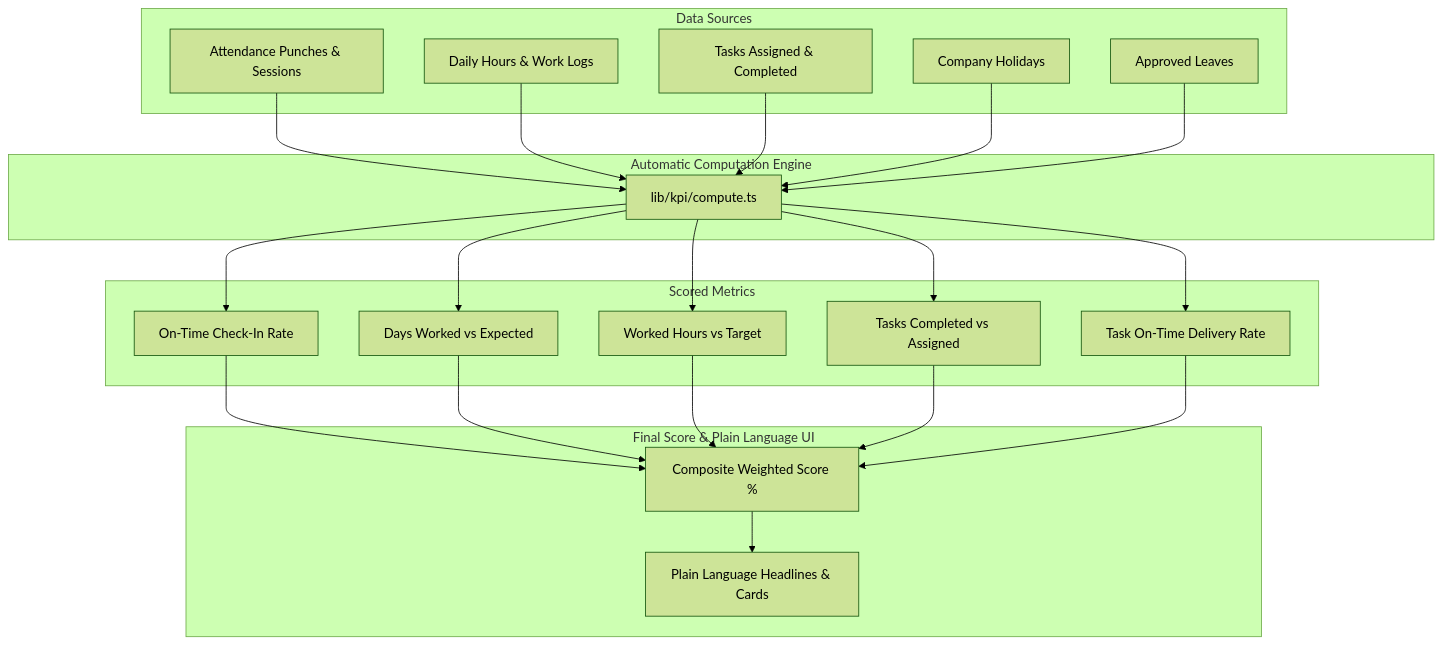
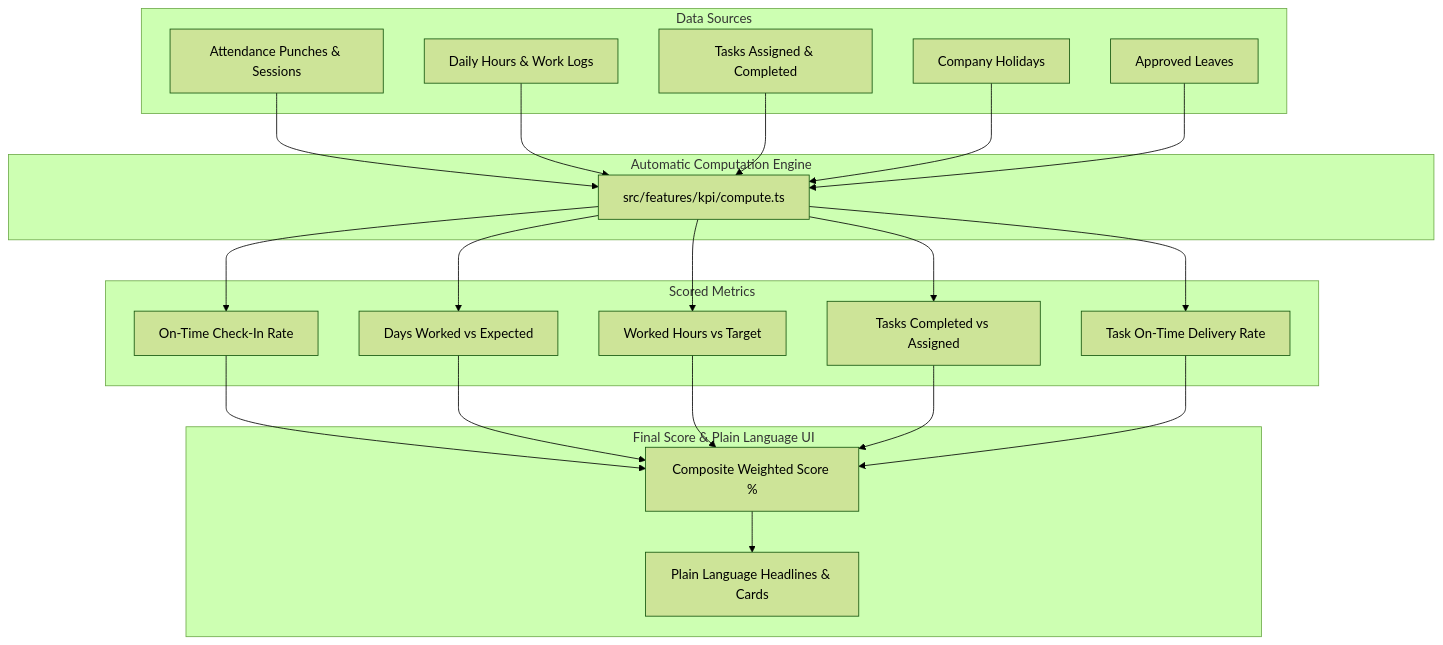
Before and after one commit to AadhithyaRaavanan/Automatic-HR-Management-System: the first of 4 diagrams in docs/KPI_GUIDE.md, drawn with Mermaid (forest theme). The commit also changed 458 other files, not shown here.

````diff
--- a/docs/KPI_GUIDE.md
+++ b/docs/KPI_GUIDE.md
@@ -12,40 +12,40 @@
 ```mermaid
 flowchart TD
     subgraph Data Sources
         ATT[Attendance Punches & Sessions]
         LOGS[Daily Hours & Work Logs]
         TASKS[Tasks Assigned & Completed]
         HOL[Company Holidays]
         LEV[Approved Leaves]
     end
 
     subgraph Automatic Computation Engine
-        COMP[lib/kpi/compute.ts]
+        COMP[src/features/kpi/compute.ts]
         ATT --> COMP
         LOGS --> COMP
         TASKS --> COMP
         HOL --> COMP
         LEV --> COMP
     end
 
     subgraph Scored Metrics
         M1[On-Time Check-In Rate]
         M2[Days Worked vs Expected]
         M3[Worked Hours vs Target]
         M4[Tasks Completed vs Assigned]
         M5[Task On-Time Delivery Rate]
     end
 
     COMP --> M1
     COMP --> M2
     COMP --> M3
     COMP --> M4
     COMP --> M5
 
     subgraph Final Score & Plain Language UI
         SCORE[Composite Weighted Score %]
         PLAIN[Plain Language Headlines & Cards]
         M1 & M2 & M3 & M4 & M5 --> SCORE
         SCORE --> PLAIN
     end
 ```
````
